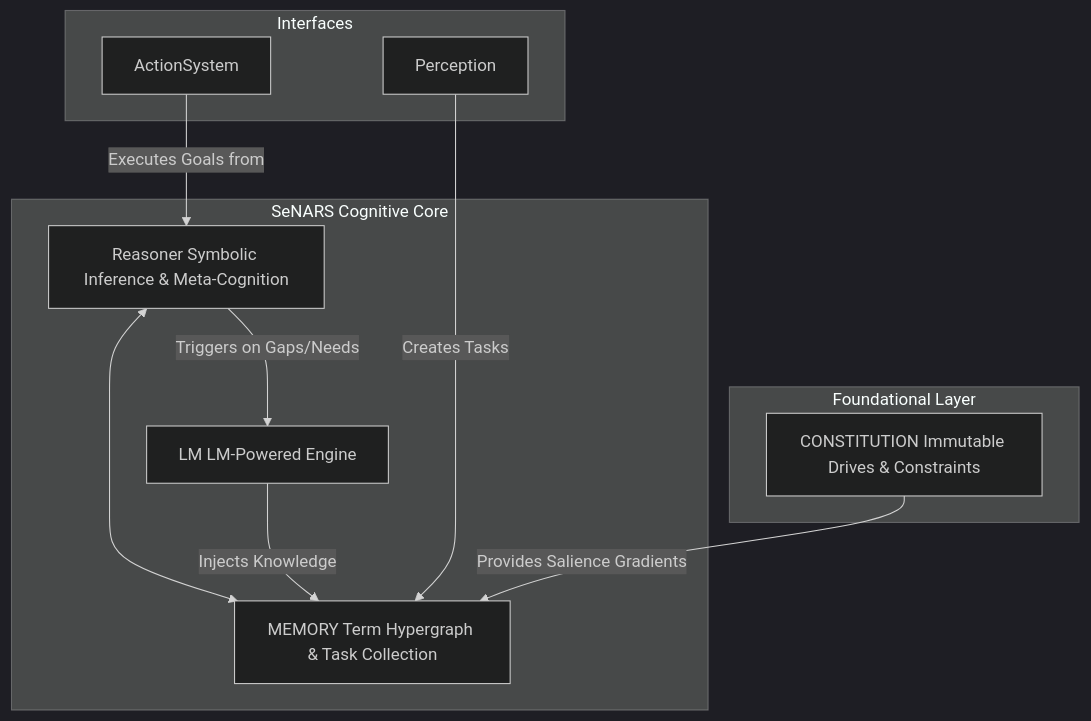
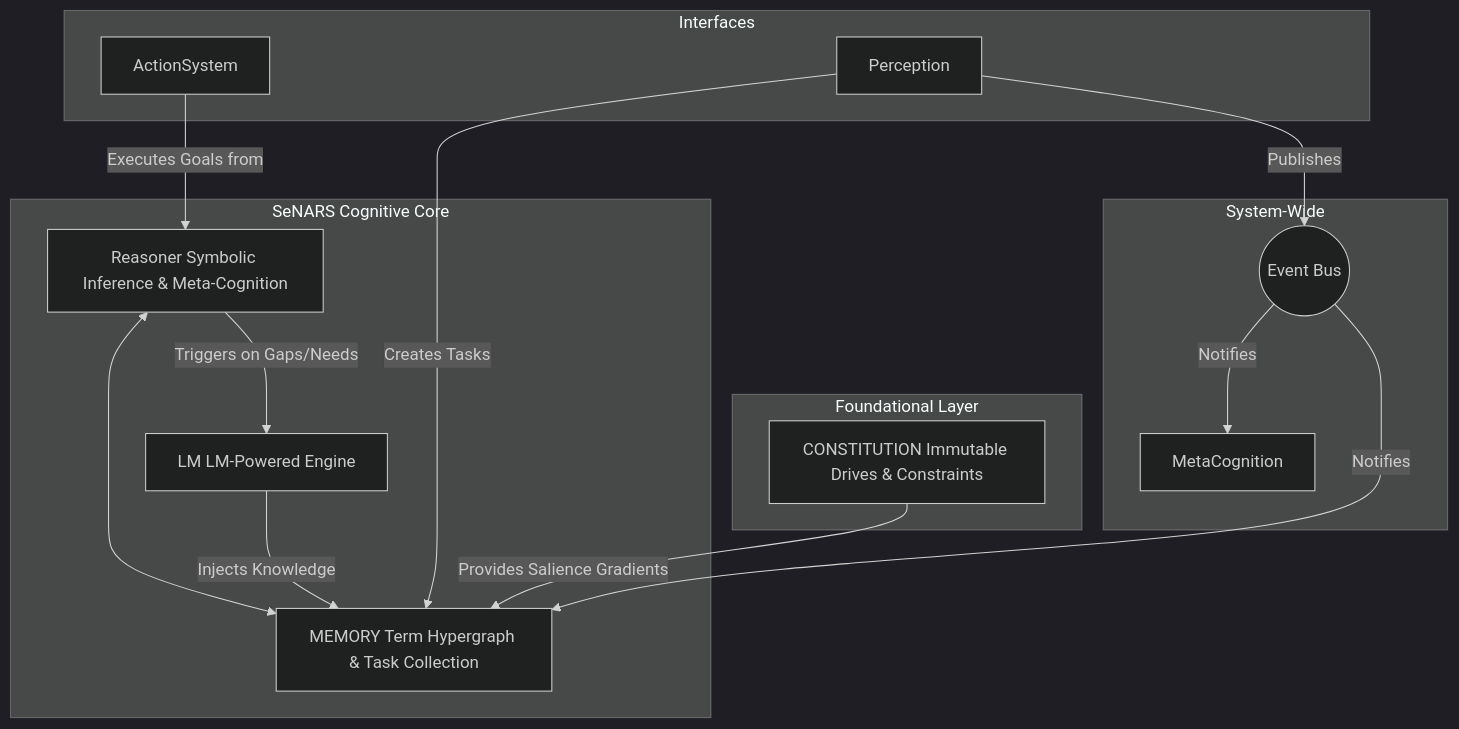
One commit to automenta/senars8 changed the diagram in README.md. Above: the diagram before and after it, drawn with Mermaid (dark theme). The commit also changed other lines of this file and 23 other files, not shown here.

First line of the commit message:
This commit delivers a major overhaul of the SeNARS codebase, focusing on code cleanup, robustification, and completion of core features, while also significantly improving the system's architecture for future extensibility.

````diff
--- a/README.md
+++ b/README.md
@@ -40,21 +40,28 @@
 ```mermaid
 graph TD
     subgraph "SeNARS Cognitive Core"
         Reasoner[Reasoner Symbolic Inference & Meta-Cognition]
         Memory[MEMORY Term Hypergraph & Task Collection]
         LM[LM LM-Powered Engine]
 
         Reasoner <--> Memory
         Reasoner -- Triggers on Gaps/Needs --> LM
         LM -- Injects Knowledge --> Memory
     end
 
     subgraph "Interfaces"
         Perception -- Creates Tasks --> Memory
         ActionSystem -- Executes Goals from --> Reasoner
     end
 
     subgraph "Foundational Layer"
         Constitution[CONSTITUTION Immutable Drives & Constraints] -- Provides Salience Gradients --> Memory
     end
+
+    subgraph "System-Wide"
+        EventBus((Event Bus))
+        Perception -- Publishes --> EventBus
+        EventBus -- Notifies --> Memory
+        EventBus -- Notifies --> MetaCognition
+    end
 ```
````
